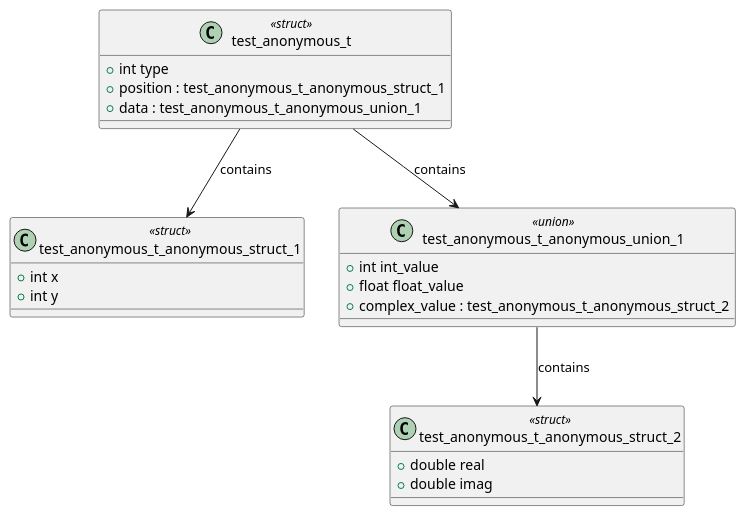
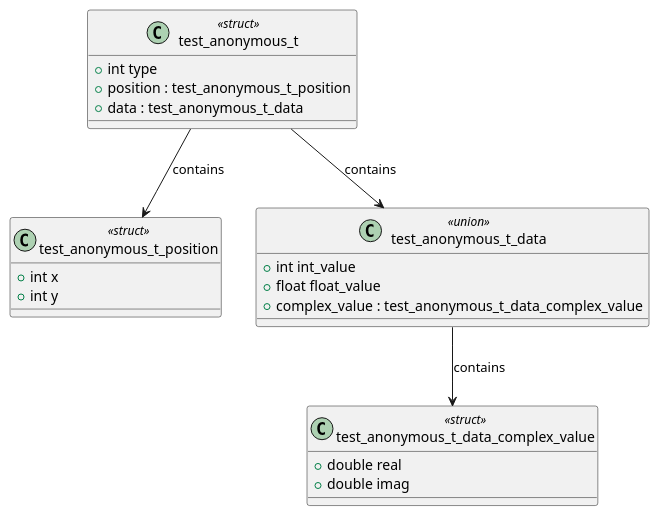
Before and after one commit to fischerjooo/c2puml: the second of 3 diagrams in TODO_analysis.md, drawn with PlantUML. The commit also changed other lines of this file and 2 other files, not shown here.

Commit message:
Improve anonymous struct naming with contextual, meaningful names

````diff
--- a/TODO_analysis.md
+++ b/TODO_analysis.md
@@ -274,27 +312,27 @@
 ```plantuml
 class "test_anonymous_t" <<struct>> {
     + int type
-    + position : test_anonymous_t_anonymous_struct_1
-    + data : test_anonymous_t_anonymous_union_1
+    + position : test_anonymous_t_position
+    + data : test_anonymous_t_data
 }
 
-class "test_anonymous_t_anonymous_struct_1" <<struct>> {
+class "test_anonymous_t_position" <<struct>> {
     + int x
     + int y
 }
 
-class "test_anonymous_t_anonymous_union_1" <<union>> {
+class "test_anonymous_t_data" <<union>> {
     + int int_value
     + float float_value
-    + complex_value : test_anonymous_t_anonymous_struct_2
+    + complex_value : test_anonymous_t_data_complex_value
 }
 
-class "test_anonymous_t_anonymous_struct_2" <<struct>> {
+class "test_anonymous_t_data_complex_value" <<struct>> {
     + double real
     + double imag
 }
 
-test_anonymous_t --> test_anonymous_t_anonymous_struct_1 : contains
-test_anonymous_t --> test_anonymous_t_anonymous_union_1 : contains
-test_anonymous_t_anonymous_union_1 --> test_anonymous_t_anonymous_struct_2 : contains
+test_anonymous_t --> test_anonymous_t_position : contains
+test_anonymous_t --> test_anonymous_t_data : contains
+test_anonymous_t_data --> test_anonymous_t_data_complex_value : contains
 ```
````
